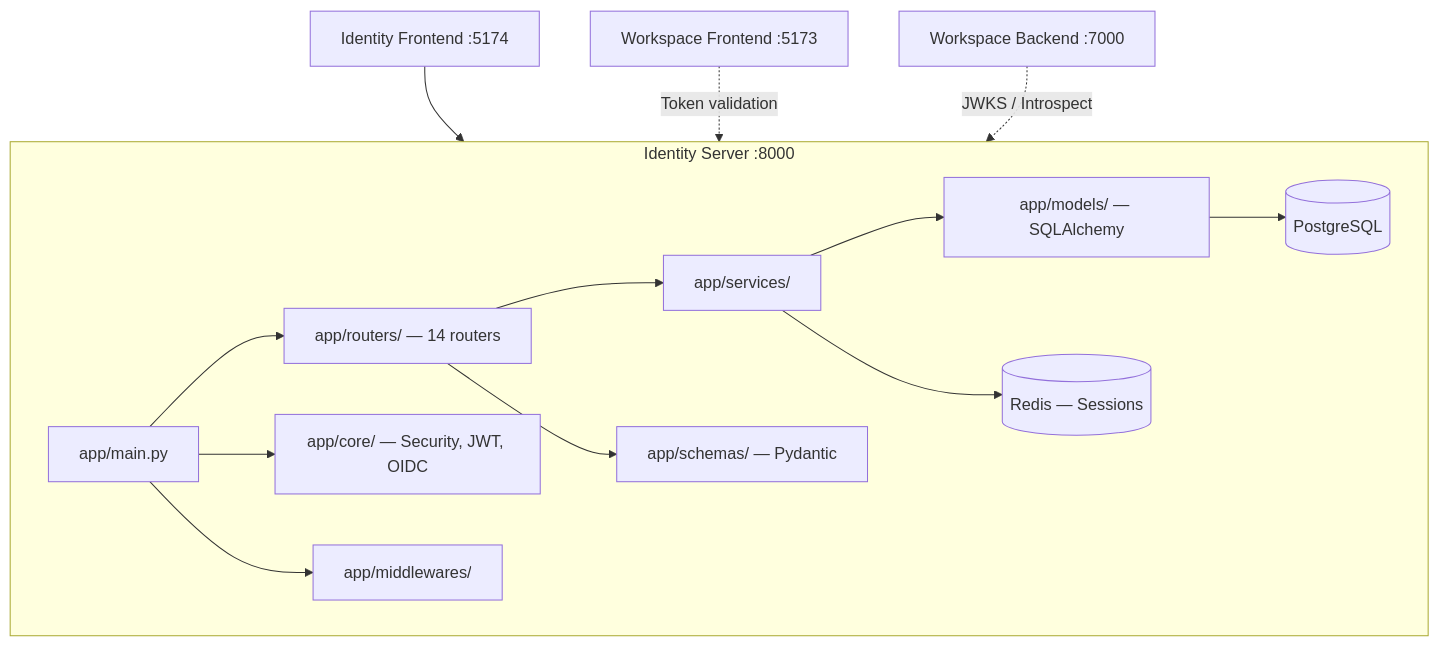
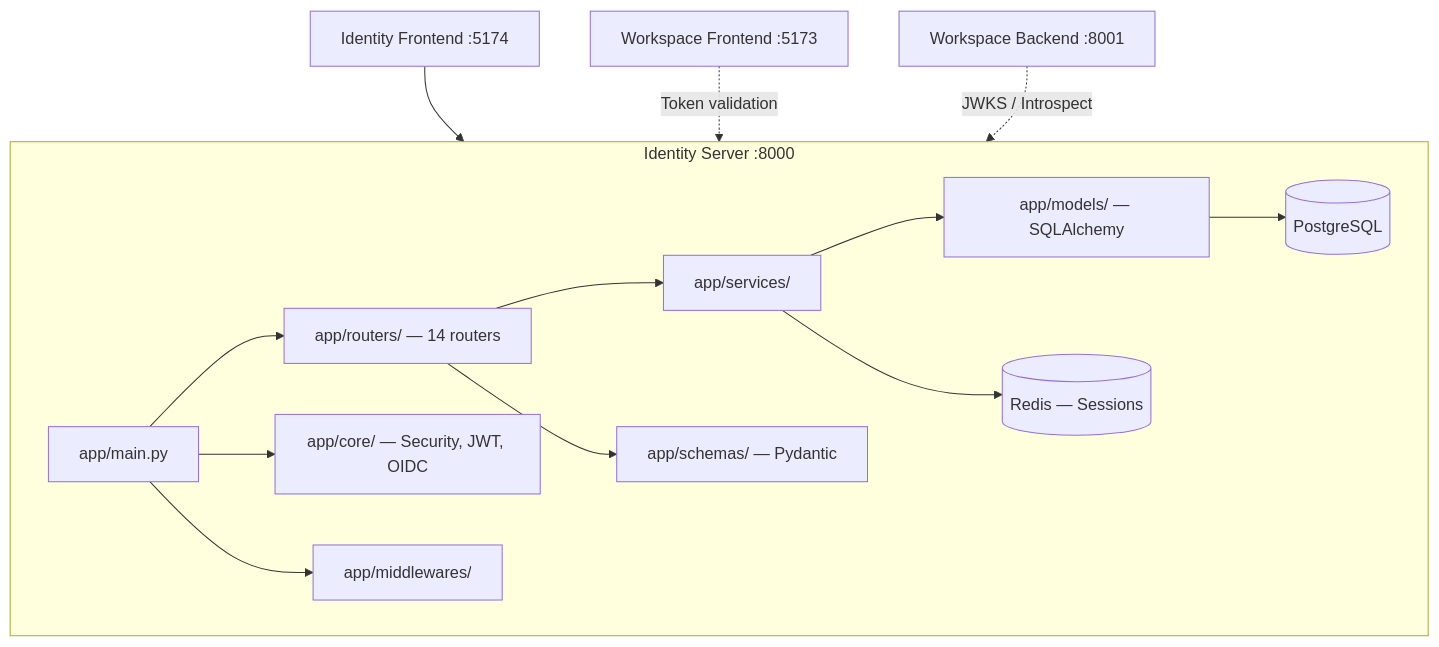
One commit to chikuu29/saas_platform changed the first of 2 diagrams in .agents/skills/identity-auth-provider/SKILL.md. Above: the diagram before and after it, drawn with Mermaid. The commit also changed 14 other files, not shown here.

````diff
--- a/.agents/skills/identity-auth-provider/SKILL.md
+++ b/.agents/skills/identity-auth-provider/SKILL.md
@@ -14,17 +14,17 @@
 ```mermaid
 graph TD
     subgraph Identity["Identity Server :8000"]
         MAIN[app/main.py] --> ROUTERS[app/routers/ — 14 routers]
         ROUTERS --> SERVICES[app/services/]
         SERVICES --> MODELS[app/models/ — SQLAlchemy]
         MODELS --> PG[(PostgreSQL)]
         SERVICES --> REDIS[(Redis — Sessions)]
         ROUTERS --> SCHEMAS[app/schemas/ — Pydantic]
         MAIN --> CORE[app/core/ — Security, JWT, OIDC]
         MAIN --> MW[app/middlewares/]
     end
 
     FE1[Identity Frontend :5174] --> Identity
     FE2[Workspace Frontend :5173] -.->|Token validation| Identity
-    WBE[Workspace Backend :7000] -.->|JWKS / Introspect| Identity
+    WBE[Workspace Backend :8001] -.->|JWKS / Introspect| Identity
 ```
````
